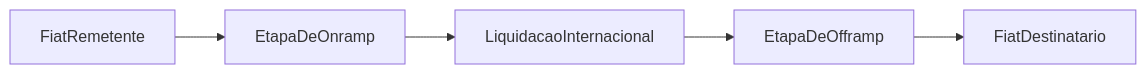
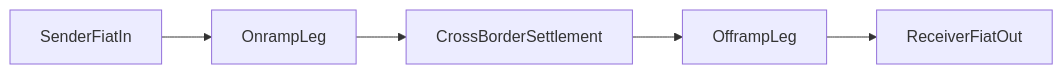
Before and after one commit to uditstocks/docs.p2pdotme: the diagram in translations/pt/for-builders/fiat-to-fiat-remittance.md, drawn with Mermaid. The commit also changed other lines of this file and 263 other files, not shown here.

````diff
--- a/translations/pt/for-builders/fiat-to-fiat-remittance.md
+++ b/translations/pt/for-builders/fiat-to-fiat-remittance.md
@@ -10,7 +10,7 @@
 ```mermaid
 flowchart LR
-    sender[FiatRemetente] --> onramp[EtapaDeOnramp]
-    onramp --> settlement[LiquidacaoInternacional]
-    settlement --> offramp[EtapaDeOfframp]
-    offramp --> receiver[FiatDestinatario]
+    sender[SenderFiatIn] --> onramp[OnrampLeg]
+    onramp --> settlement[CrossBorderSettlement]
+    settlement --> offramp[OfframpLeg]
+    offramp --> receiver[ReceiverFiatOut]
 ```
````
